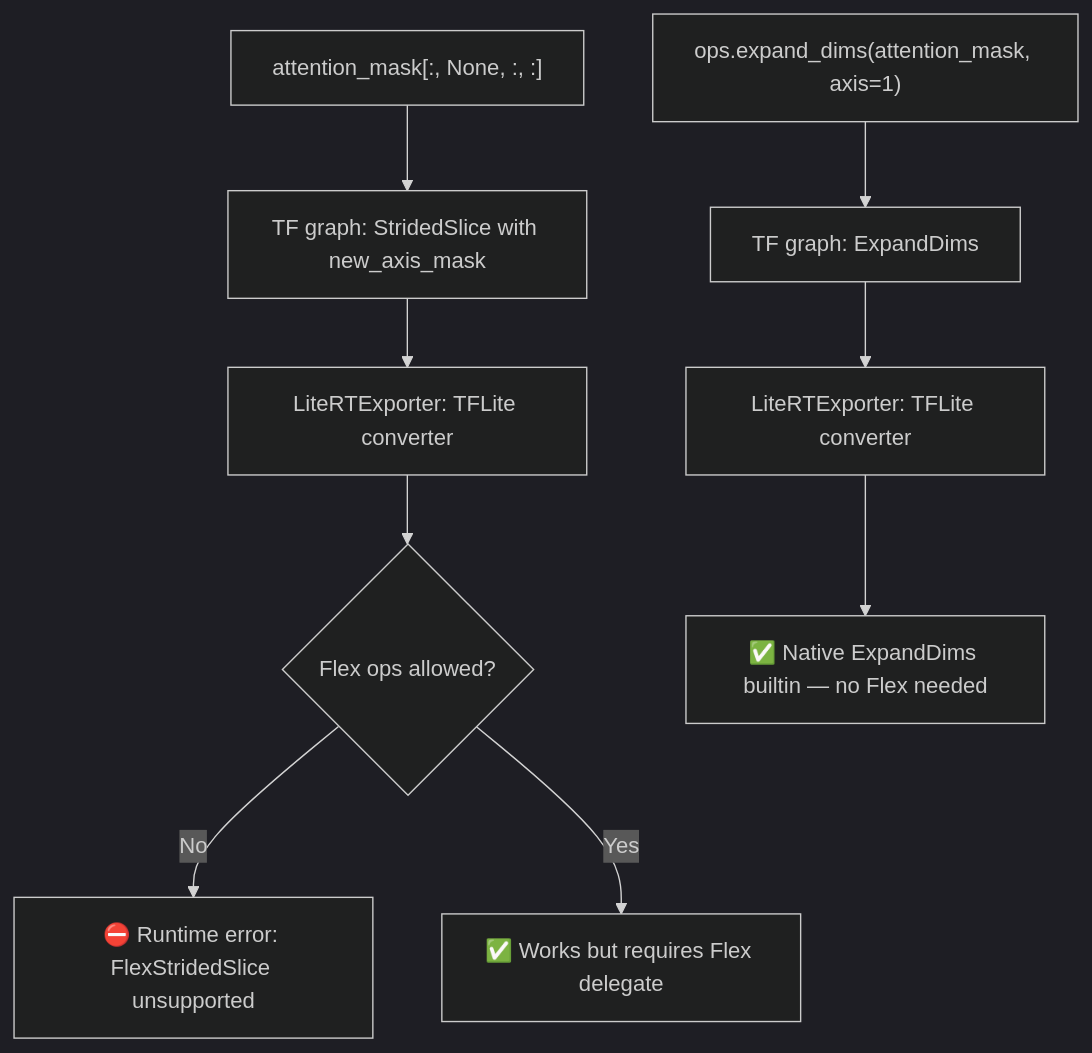
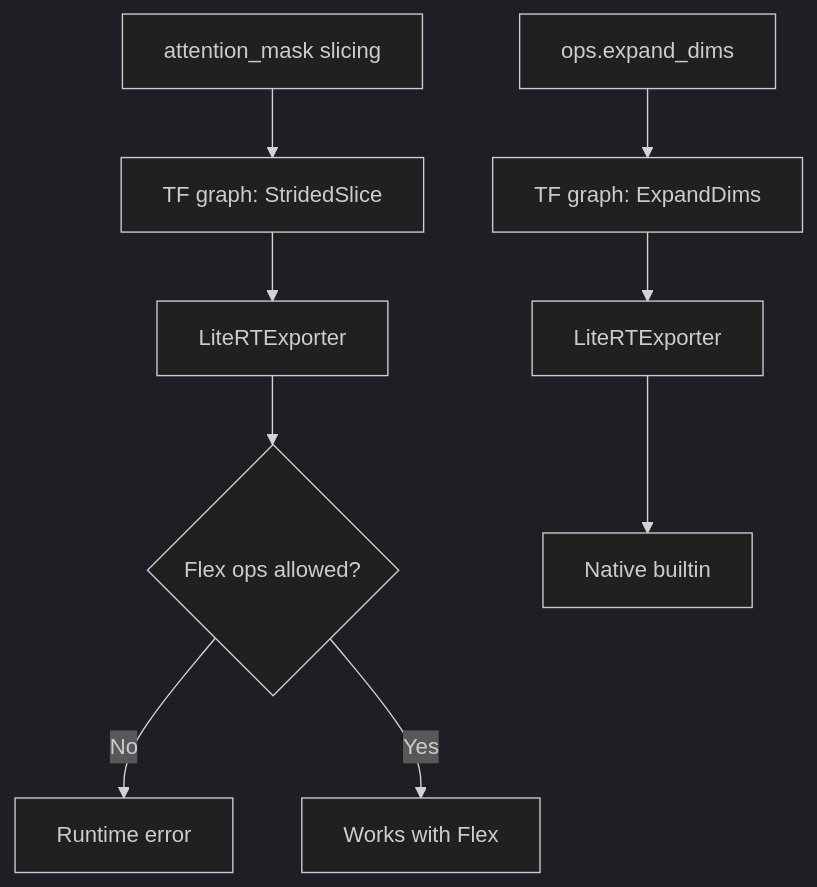
One commit to keras-team/keras-hub changed the first of 2 diagrams in PR_DESCRIPTION.md. Above: the diagram before and after it, drawn with Mermaid (dark theme). The commit also changed other lines of this file, not shown here.

Commit message:
Fix Mermaid diagram rendering: replace emoji and arrows with text alternatives

````diff
--- a/PR_DESCRIPTION.md
+++ b/PR_DESCRIPTION.md
@@ -53,12 +53,12 @@
 ```mermaid
 flowchart TD
-    A["attention_mask[:, None, :, :]"] --> B["TF graph: StridedSlice with new_axis_mask"]
-    B --> C["LiteRTExporter: TFLite converter"]
+    A[attention_mask slicing] --> B[TF graph: StridedSlice]
+    B --> C[LiteRTExporter]
     C --> D{Flex ops allowed?}
-    D -- No --> E["⛔ Runtime error: FlexStridedSlice unsupported"]
-    D -- Yes --> F["✅ Works but requires Flex delegate"]
+    D -- No --> E[Runtime error]
+    D -- Yes --> F[Works with Flex]
     
-    G["ops.expand_dims(attention_mask, axis=1)"] --> H["TF graph: ExpandDims"]
-    H --> I["LiteRTExporter: TFLite converter"]
-    I --> J["✅ Native ExpandDims builtin — no Flex needed"]
+    G[ops.expand_dims] --> H[TF graph: ExpandDims]
+    H --> I[LiteRTExporter]
+    I --> J[Native builtin]
 ```
````
